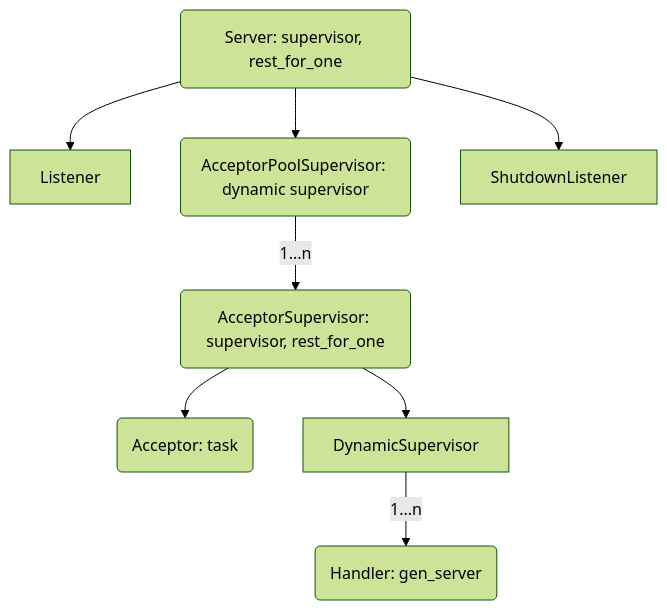
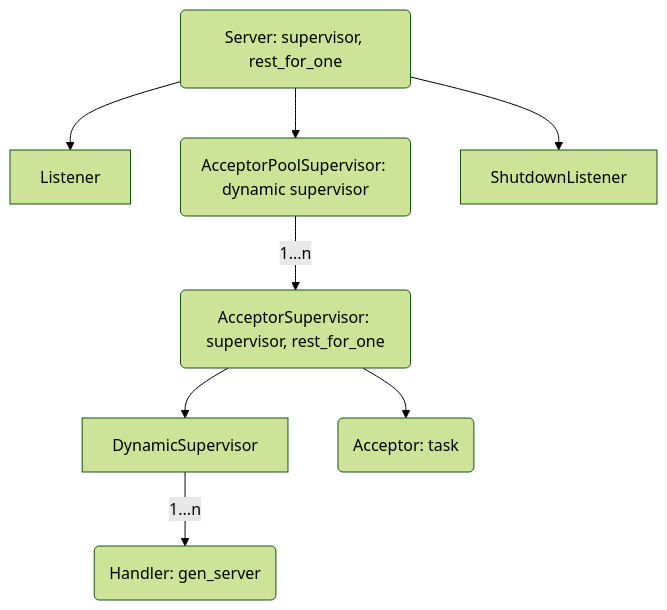
One commit to mtrudel/thousand_island changed the diagram in README.md. Above: the diagram before and after it, drawn with Mermaid (forest theme). The commit also changed other lines of this file, not shown here.

Commit message:
Fix graphical representation of SupervisoinTree in README. (#34)

````diff
--- a/README.md
+++ b/README.md
@@ -118,10 +118,10 @@
 ```mermaid
 graph TD;
   Server(Server: supervisor, rest_for_one)-->Listener;
   Server-->AcceptorPoolSupervisor(AcceptorPoolSupervisor: dynamic supervisor);
   AcceptorPoolSupervisor--1...n-->AcceptorSupervisor(AcceptorSupervisor: supervisor, rest_for_one)
+  AcceptorSupervisor-->DynamicSupervisor
   AcceptorSupervisor-->Acceptor(Acceptor: task)
-  AcceptorSupervisor-->DynamicSupervisor
   DynamicSupervisor--1...n-->Handler(Handler: gen_server)
   Server-->ShutdownListener;
 ```
````
